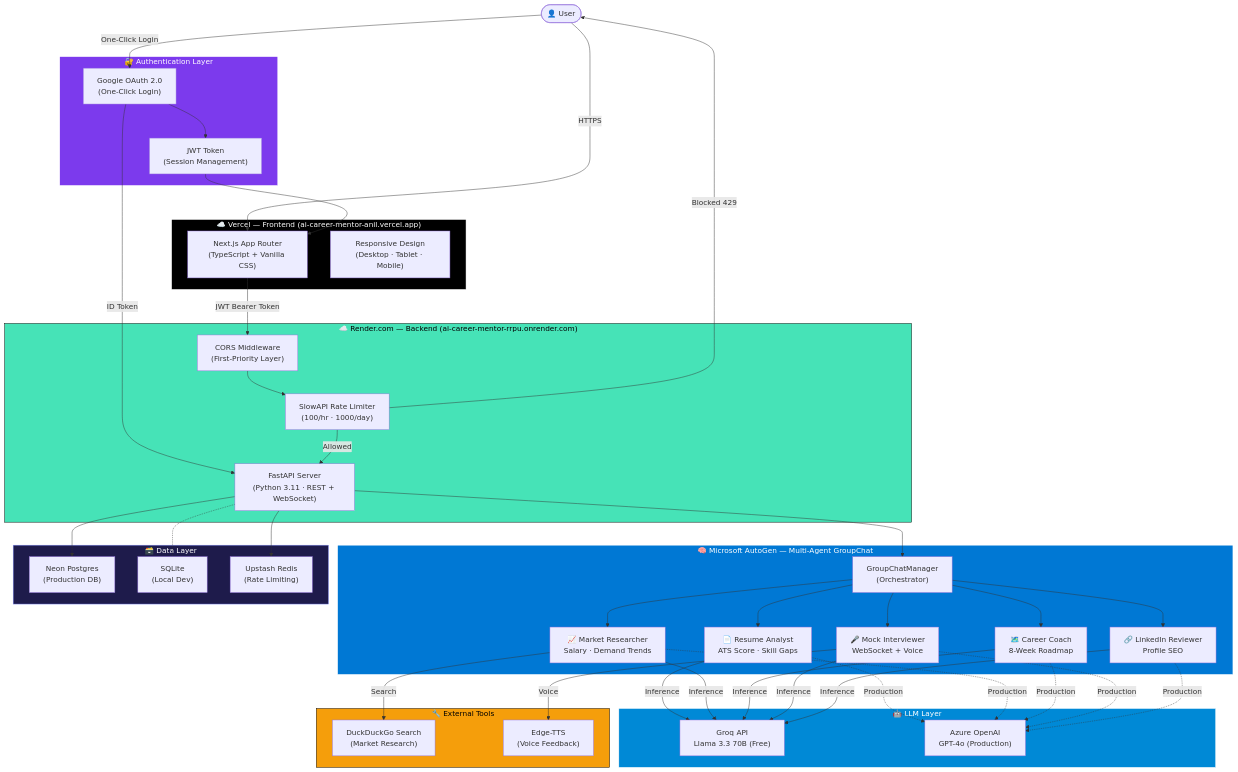
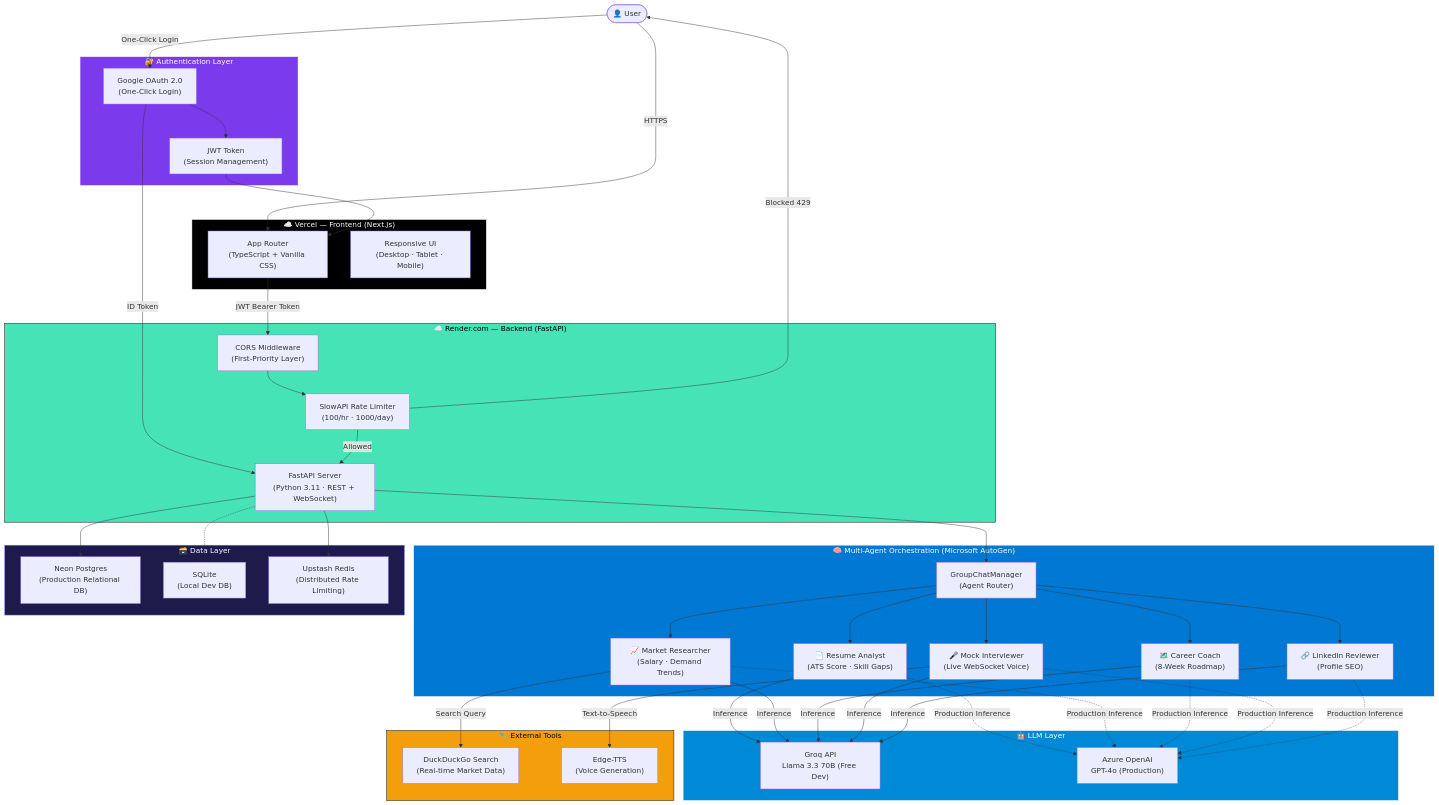
Before and after one commit to Anil-Pradhan-web/ai-career-mentor: the diagram in README.md, drawn with Mermaid. The commit also changed other lines of this file and 1 other file, not shown here.

Commit message:
docs: improve system architecture section and fix gitignore

````diff
--- a/README.md
+++ b/README.md
@@ -59,72 +61,72 @@
 ```mermaid
 flowchart TD
     User(["👤 User"])
 
     subgraph Auth ["🔐 Authentication Layer"]
         GOOGLE["Google OAuth 2.0\n(One-Click Login)"]
         JWT["JWT Token\n(Session Management)"]
     end
 
-    subgraph Vercel ["☁️ Vercel — Frontend (ai-career-mentor-anil.vercel.app)"]
-        FE["Next.js App Router\n(TypeScript + Vanilla CSS)"]
-        RESP["Responsive Design\n(Desktop · Tablet · Mobile)"]
+    subgraph Vercel ["☁️ Vercel — Frontend (Next.js)"]
+        FE["App Router\n(TypeScript + Vanilla CSS)"]
+        RESP["Responsive UI\n(Desktop · Tablet · Mobile)"]
     end
 
-    subgraph Render ["☁️ Render.com — Backend (ai-career-mentor-rrpu.onrender.com)"]
+    subgraph Render ["☁️ Render.com — Backend (FastAPI)"]
         CORS["CORS Middleware\n(First-Priority Layer)"]
         RATE["SlowAPI Rate Limiter\n(100/hr · 1000/day)"]
         API["FastAPI Server\n(Python 3.11 · REST + WebSocket)"]
     end
 
-    subgraph Agents ["🧠 Microsoft AutoGen — Multi-Agent GroupChat"]
-        ORCH["GroupChatManager\n(Orchestrator)"]
-        A1["📄 Resume Analyst\nATS Score · Skill Gaps"]
-        A2["📈 Market Researcher\nSalary · Demand Trends"]
-        A3["🗺️ Career Coach\n8-Week Roadmap"]
-        A4["🎤 Mock Interviewer\nWebSocket + Voice"]
-        A5["🔗 LinkedIn Reviewer\nProfile SEO"]
+    subgraph Agents ["🧠 Multi-Agent Orchestration (Microsoft AutoGen)"]
+        ORCH["GroupChatManager\n(Agent Router)"]
+        A1["📄 Resume Analyst\n(ATS Score · Skill Gaps)"]
+        A2["📈 Market Researcher\n(Salary · Demand Trends)"]
+        A3["🗺️ Career Coach\n(8-Week Roadmap)"]
+        A4["🎤 Mock Interviewer\n(Live WebSocket Voice)"]
+        A5["🔗 LinkedIn Reviewer\n(Profile SEO)"]
     end
 
     subgraph LLM ["🤖 LLM Layer"]
-        GROQ["Groq API\nLlama 3.3 70B (Free)"]
+        GROQ["Groq API\nLlama 3.3 70B (Free Dev)"]
         AZURE["Azure OpenAI\nGPT-4o (Production)"]
     end
 
     subgraph Tools ["🔧 External Tools"]
-        DDG["DuckDuckGo Search\n(Market Research)"]
-        TTS["Edge-TTS\n(Voice Feedback)"]
+        DDG["DuckDuckGo Search\n(Real-time Market Data)"]
+        TTS["Edge-TTS\n(Voice Generation)"]
     end
 
     subgraph DB ["🗃️ Data Layer"]
-        POSTGRES["Neon Postgres\n(Production DB)"]
-        SQLITE["SQLite\n(Local Dev)"]
-        REDIS["Upstash Redis\n(Rate Limiting)"]
+        POSTGRES["Neon Postgres\n(Production Relational DB)"]
+        SQLITE["SQLite\n(Local Dev DB)"]
+        REDIS["Upstash Redis\n(Distributed Rate Limiting)"]
     end
 
     User -->|"HTTPS"| FE
     User -->|"One-Click Login"| GOOGLE
     GOOGLE -->|"ID Token"| API
     FE -->|"JWT Bearer Token"| CORS
     CORS --> RATE
     RATE -->|"Allowed"| API
     RATE -->|"Blocked 429"| User
     API --> ORCH
     ORCH --> A1 & A2 & A3 & A4 & A5
     A1 & A2 & A3 & A4 & A5 -->|"Inference"| GROQ
-    A1 & A2 & A3 & A4 & A5 -.->|"Production"| AZURE
-    A2 -->|"Search"| DDG
-    A4 -->|"Voice"| TTS
+    A1 & A2 & A3 & A4 & A5 -.->|"Production Inference"| AZURE
+    A2 -->|"Search Query"| DDG
+    A4 -->|"Text-to-Speech"| TTS
     API --> POSTGRES
     API -.- SQLITE
     API --> REDIS
     GOOGLE --> JWT
     JWT --> FE
 
     style Vercel fill:#000,stroke:#fff,color:#fff
     style Render fill:#46E3B7,stroke:#000,color:#000
     style Agents fill:#0078D4,stroke:#fff,color:#fff
     style LLM fill:#0089D6,stroke:#fff,color:#fff
     style DB fill:#1e1b4b,stroke:#818cf8,color:#fff
     style Auth fill:#7c3aed,stroke:#fff,color:#fff
     style Tools fill:#f59e0b,stroke:#000,color:#000
 ```
````
